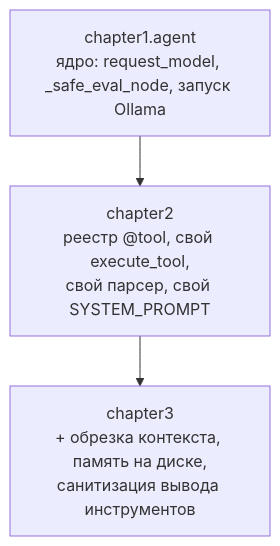
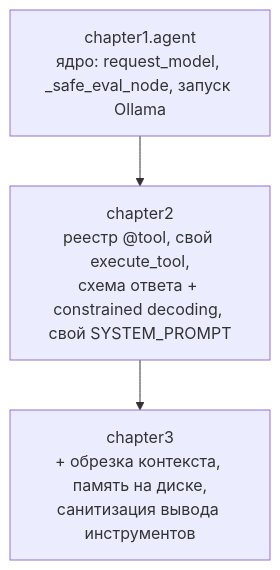
The diagram in README.md (io982/firstAgent), drawn with Mermaid before and after one commit. The commit also changed other lines of this file and 10 other files, not shown here.

````diff
--- a/README.md
+++ b/README.md
@@ -332,6 +339,6 @@
 ```mermaid
 graph TD
     Base["chapter1.agent<br/>ядро: request_model, _safe_eval_node, запуск Ollama"]
-    Base --> Ch2["chapter2<br/>реестр @tool, свой execute_tool,<br/>свой парсер, свой SYSTEM_PROMPT"]
+    Base --> Ch2["chapter2<br/>реестр @tool, свой execute_tool,<br/>схема ответа + constrained decoding, свой SYSTEM_PROMPT"]
     Ch2 --> Ch3["chapter3<br/>+ обрезка контекста, память на диске,<br/>санитизация вывода инструментов"]
 ```
````
